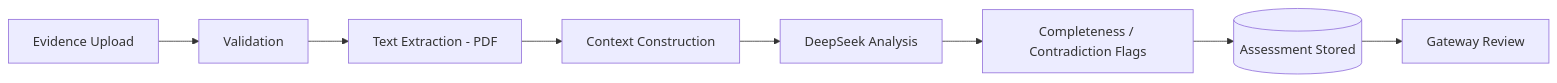
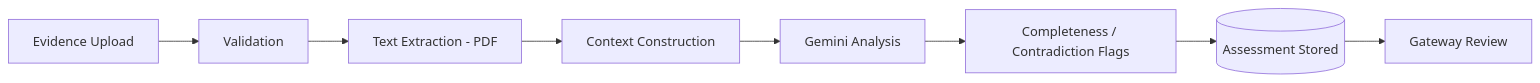
The second of 3 diagrams in Readme.md (KrishnaGaur12/Meridian), drawn with Mermaid before and after one commit. The commit also changed other lines of this file and 66 other files, not shown here.

````diff
--- a/Readme.md
+++ b/Readme.md
@@ -275,10 +274,10 @@
 ```mermaid
 flowchart LR
     A[Evidence Upload] --> B[Validation]
     B --> C[Text Extraction - PDF]
     C --> D[Context Construction]
-    D --> E[DeepSeek Analysis]
+    D --> E[Gemini Analysis]
     E --> F[Completeness / Contradiction Flags]
     F --> G[(Assessment Stored)]
     G --> H[Gateway Review]
 ```
````
